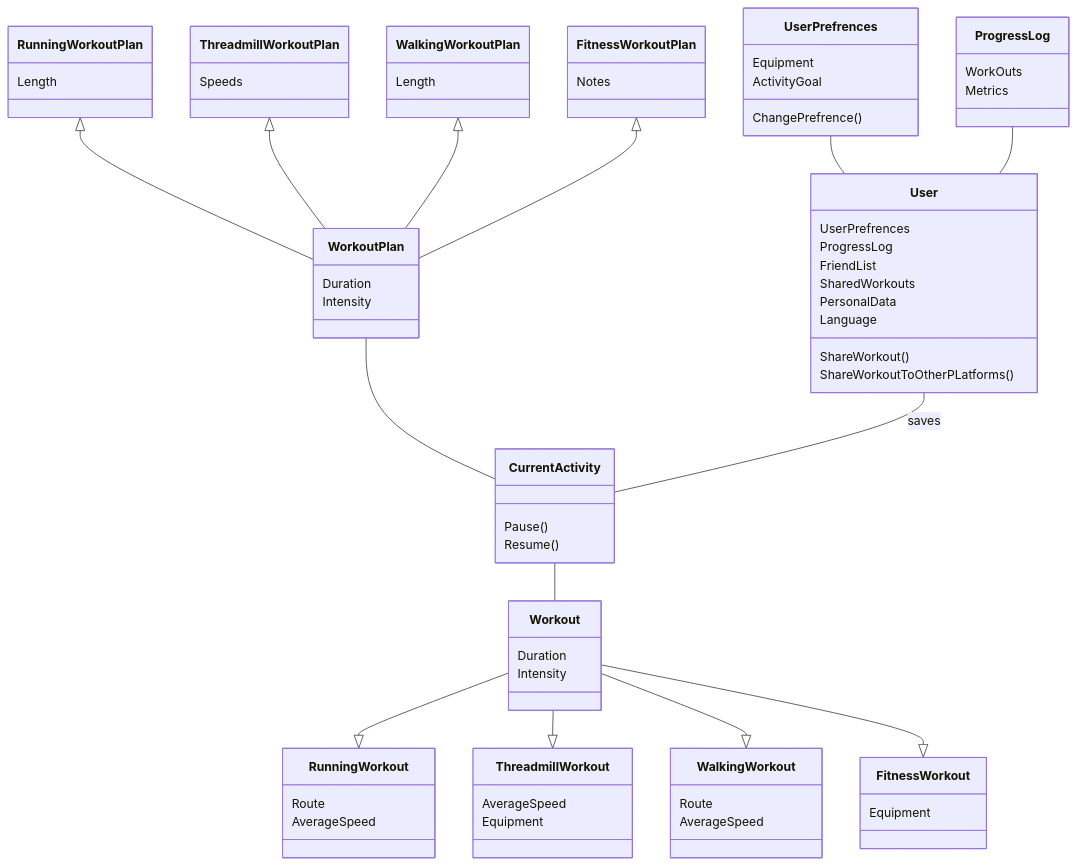
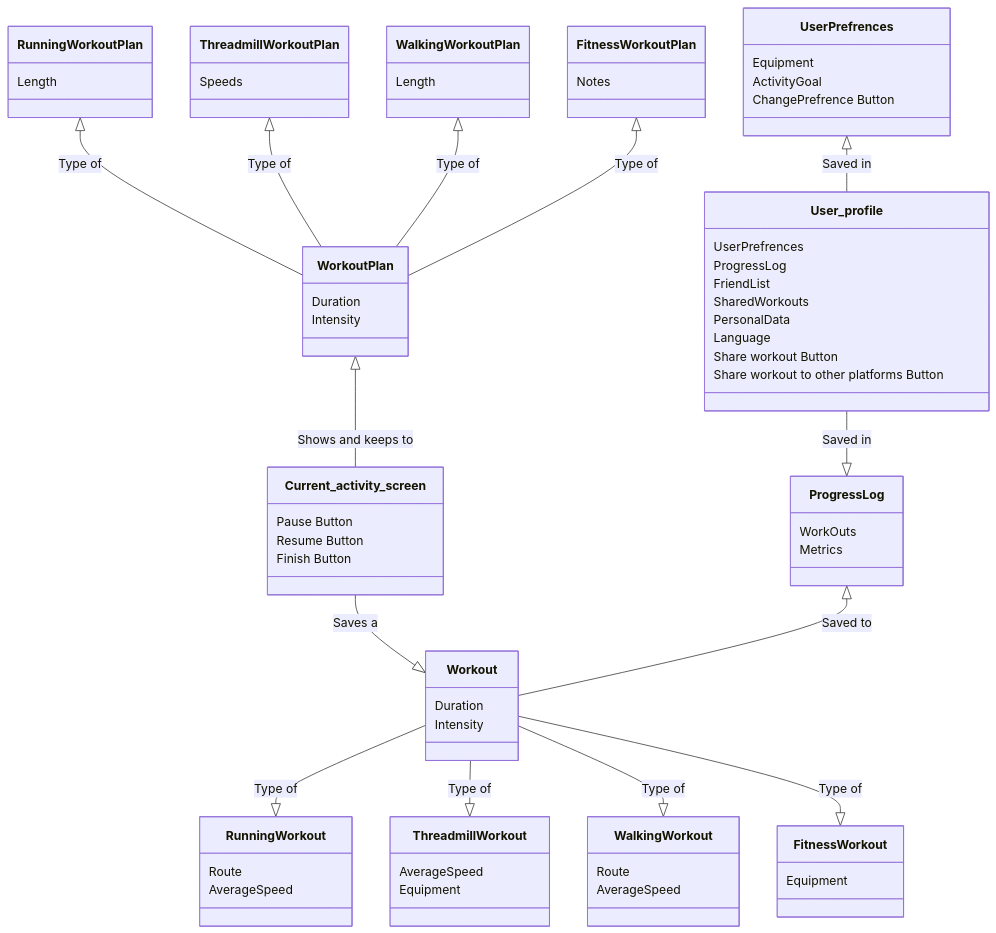
One commit to SteHun/WorkoutappAssignment changed the diagram in graph.md. Above: the diagram before and after it, drawn with Mermaid. The commit also changed other lines of this file, not shown here.

Commit message:
Some more changes

````diff
--- a/graph.md
+++ b/graph.md
@@ -2,77 +2,84 @@
 ```mermaid
 classDiagram
     class Workout{
       Duration
       Intensity 
     }
-    Workout --|> RunningWorkout
+    Workout --|> RunningWorkout : Type of
     class RunningWorkout{
       Route
       AverageSpeed
     }
-    Workout --|> ThreadmillWorkout 
+    Workout --|> ThreadmillWorkout  : Type of
     class ThreadmillWorkout{
       AverageSpeed
       Equipment
     }
-    Workout --|> WalkingWorkout 
+    Workout --|> WalkingWorkout : Type of
     class WalkingWorkout{
       Route
       AverageSpeed
     }
-    Workout --|> FitnessWorkout 
+    Workout --|> FitnessWorkout : Type of
     class FitnessWorkout{
       Equipment
     }
 
     class WorkoutPlan{
       Duration
       Intensity 
     }
-    RunningWorkoutPlan <|-- WorkoutPlan
+    RunningWorkoutPlan <|-- WorkoutPlan : Type of
+
     class RunningWorkoutPlan{
       Length
     }
-    ThreadmillWorkoutPlan <|-- WorkoutPlan
+    ThreadmillWorkoutPlan <|-- WorkoutPlan : Type of
+
     class ThreadmillWorkoutPlan{
       Speeds
     }
-    WalkingWorkoutPlan <|-- WorkoutPlan
+    WalkingWorkoutPlan <|-- WorkoutPlan : Type of
+
     class WalkingWorkoutPlan{
       Length
     }
-    FitnessWorkoutPlan <|-- WorkoutPlan
+    FitnessWorkoutPlan <|-- WorkoutPlan : Type of
+
     class FitnessWorkoutPlan{
       Notes
     }
-    WorkoutPlan -- CurrentActivity
-    CurrentActivity -- Workout
-    class CurrentActivity{
-      Pause()
-      Resume()
+    WorkoutPlan <|-- Current_activity_screen : Shows and keeps to
+    Current_activity_screen --|> Workout : Saves a
+    class Current_activity_screen{
+      Pause Button
+      Resume Button
+      Finish Button
     }
 
     class UserPrefrences{
       Equipment
       ActivityGoal
-      ChangePrefrence()
+      ChangePrefrence Button
     }
 
     class ProgressLog{
       WorkOuts
       Metrics
     }
-    UserPrefrences -- User
-    ProgressLog -- User
-    User -- CurrentActivity :saves
-    class User{
+    UserPrefrences <|-- User_profile: Saved in
+    User_profile --|> ProgressLog : Saved in
+    ProgressLog <|-- Workout: Saved to
+    class User_profile{
       UserPrefrences
       ProgressLog
       FriendList
       SharedWorkouts
       PersonalData
       Language
-      ShareWorkout()
-      ShareWorkoutToOtherPLatforms()
+      Share workout Button
+      Share workout to other platforms Button
     }
+
+
 ```
````
